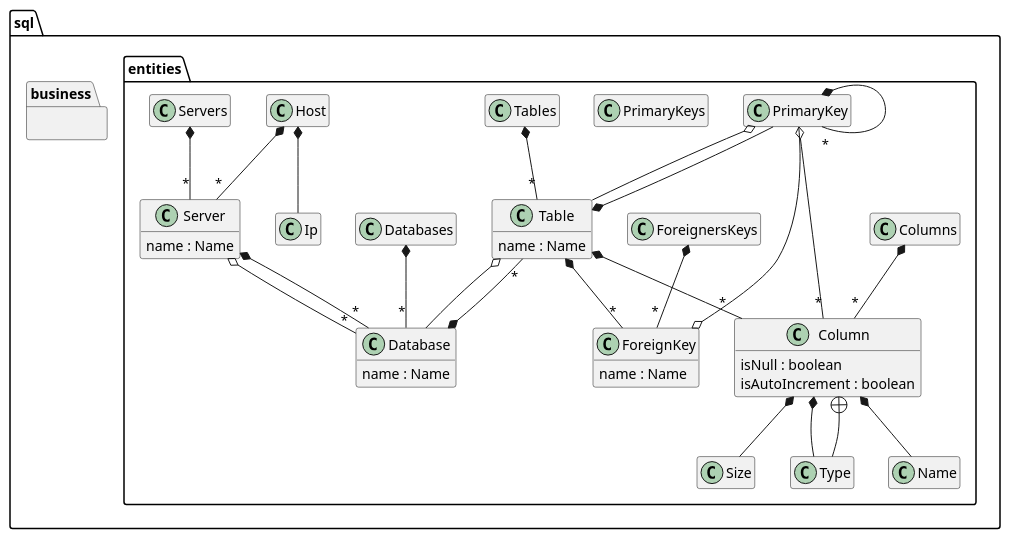
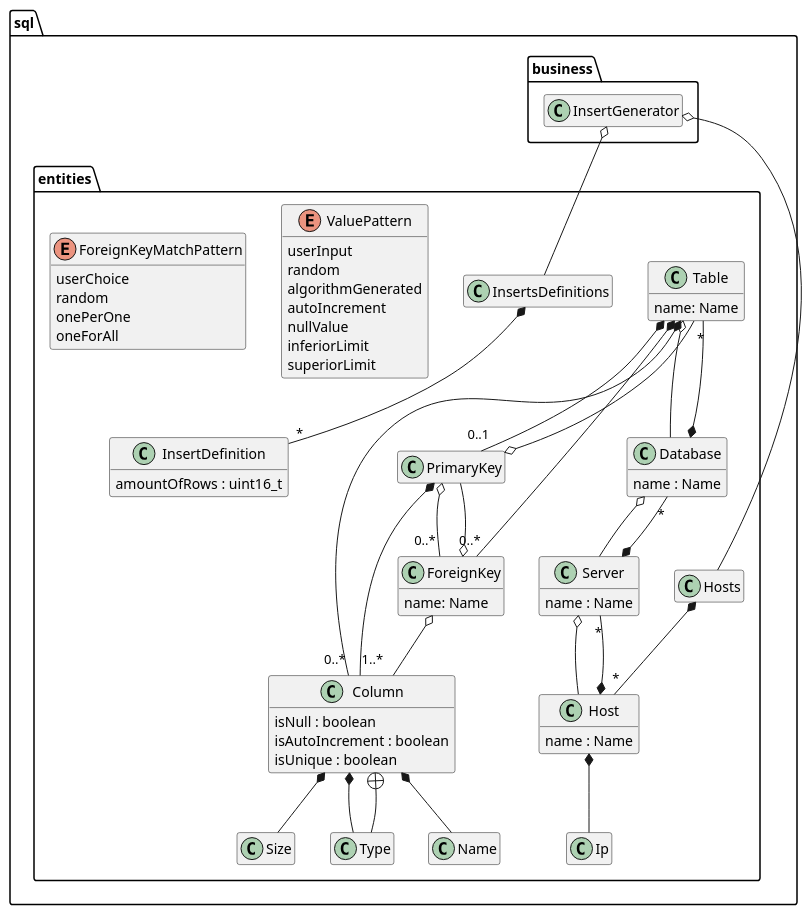
Before and after one commit to rodrigocanellas/tenacitas: the diagram in code/sql/documents/sql_1.plantuml, drawn with PlantUML. The commit also changed 5 other files, not shown here.

```diff
--- a/code/sql/documents/sql_1.plantuml
+++ b/code/sql/documents/sql_1.plantuml
@@ -1,73 +1,104 @@
 @startuml
 
 hide empty members
 allow_mixing
+' left to right direction
+
 
 namespace  sql {
 
 namespace entities {
 class Size
 class Type
 class Name
-class Column {
+class Column  {
 	isNull : boolean
 	isAutoIncrement : boolean
+	isUnique : boolean
 }
-class Columns 
-class PrimaryKey
-class PrimaryKeys
-class ForeignKey {
-	name : Name
+
+class Table  {
+	name: Name
 }
-class ForeignersKeys
-class Table {
-	name : Name
+
+class PrimaryKey 
+
+class ForeignKey  {
+	name: Name
 }
-class Tables
+
 class Database {
 	name : Name
 }
-class Databases
 class Ip
-class Host
+class Host {
+	name : Name
+}
 class Server {
 	name : Name
 }
-Class Servers
 
-Column *-- Name
-Column *-- Type
-Column *-- Size
+class InsertsDefinitions 
 
-Columns *-- "*" Column
-Tables *-- "*" Table
-PrimaryKey *-- "*" PrimaryKey
-ForeignersKeys *-- "*" ForeignKey
-Databases *-- "*" Database
-Servers *-- "*" Server
+class InsertDefinition {
+	amountOfRows : uint16_t
+}
 
-Server o-- "*" Database 
+enum ValuePattern {
+	userInput
+	random
+	algorithmGenerated
+	autoIncrement
+	nullValue
+	inferiorLimit
+	superiorLimit 
+}
 
+enum ForeignKeyMatchPattern {
+	userChoice
+	random
+	onePerOne
+	oneForAll
+}
 
-PrimaryKey o-- "*" Column
-PrimaryKey o-- Table
-ForeignKey o-- PrimaryKey
+Table  *-- "0..*" Column 
+Table  *-- "0..1" PrimaryKey 
+Table  *-- "0..*" ForeignKey 
+Table o-- Database
 
-Table *-- PrimaryKey
-Table *--  "*" ForeignKey
-Table *-- "*" Column 
-Table o-- Database
+PrimaryKey   o-- Table 
+PrimaryKey  *-- "1..*" Column 
+PrimaryKey  o-- "0..*" ForeignKey 
+
+Column  *-- Type
+Column  +-- Type
+Column  *-- Size
+Column  *-- Name
+
+ForeignKey  o-- Column 
+ForeignKey  o-- PrimaryKey 
+
 Database *-- "*" Table
 Host *-- "*" Server
+Host *-- Ip
 Server *-- "*" Database
-Host *-- Ip
-Column +-- Type
+
+Database o-- Server
+
+Server o-- Host
+
+Hosts *-- "*" Host
+
+InsertsDefinitions *-- "*" InsertDefinition
 }
 
 namespace business {
+class InsertGenerator
 
+InsertGenerator o-- sql.entities.InsertsDefinitions
+InsertGenerator o-- sql.entities.Hosts
 }
 }
 
 
 @enduml
```
